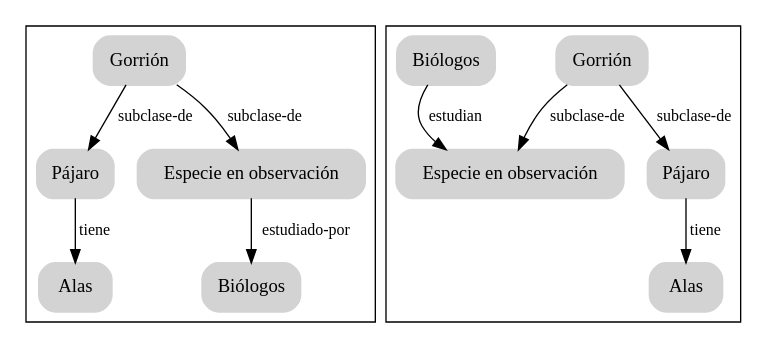
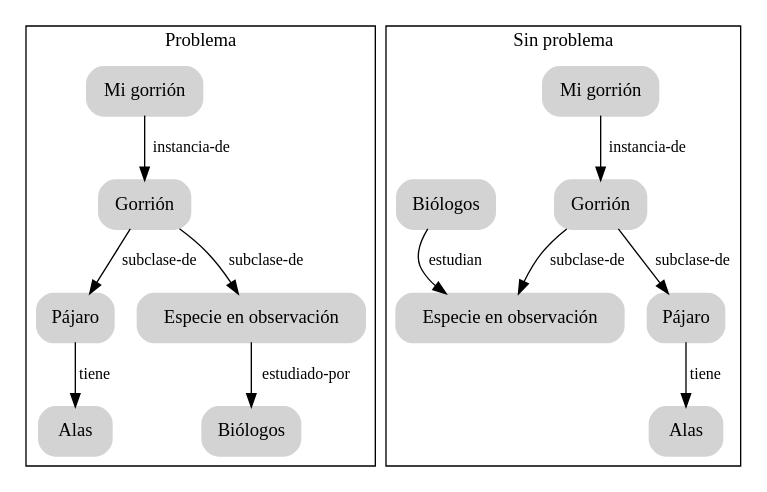
One commit to masterdatascienceifca/semantic-networks changed the diagram in dot/graph11.dot. Above: the diagram before and after it, drawn with Graphviz. The commit also changed 2 other files, not shown here.

```diff
--- a/dot/graph11.dot
+++ b/dot/graph11.dot
@@ -1,32 +1,37 @@
 digraph ejemplo {
 node  [style="rounded,filled,bold", shape=box, fontname="Nimbus", color="lightgray"];
 edge  [fontname="Nimbus" weight=2, fontsize=12]
 
 subgraph cluster_1 {
+g -> A [ label = "instancia-de" ];
 A -> B [ label = "subclase-de"];
 B -> C [ label = "tiene"];
 A -> D [ label = "subclase-de"];
 D -> E [ label = "estudiado-por"];
+label = "Problema"
 }
 
 subgraph cluster_2 {
+h -> F [ label = "instancia-de"];
 F -> G [ label = "subclase-de"];
 G -> H [ label = "tiene"];
 F -> I [ label = "subclase-de"];
 J -> I [ label = "estudian"];
+label = "Sin problema"
 }
 
 A [label="Gorrión"];
 B [label="Pájaro"];
 C [label="Alas"];
 D [label="Especie en observación"];
 E [label="Biólogos"];
+g [label="Mi gorrión"];
 
 F [label="Gorrión"];
 G [label="Pájaro"];
 H [label="Alas"];
 I [label="Especie en observación"];
 J [label="Biólogos"];
-
+h [label="Mi gorrión"];
 
 }
```
